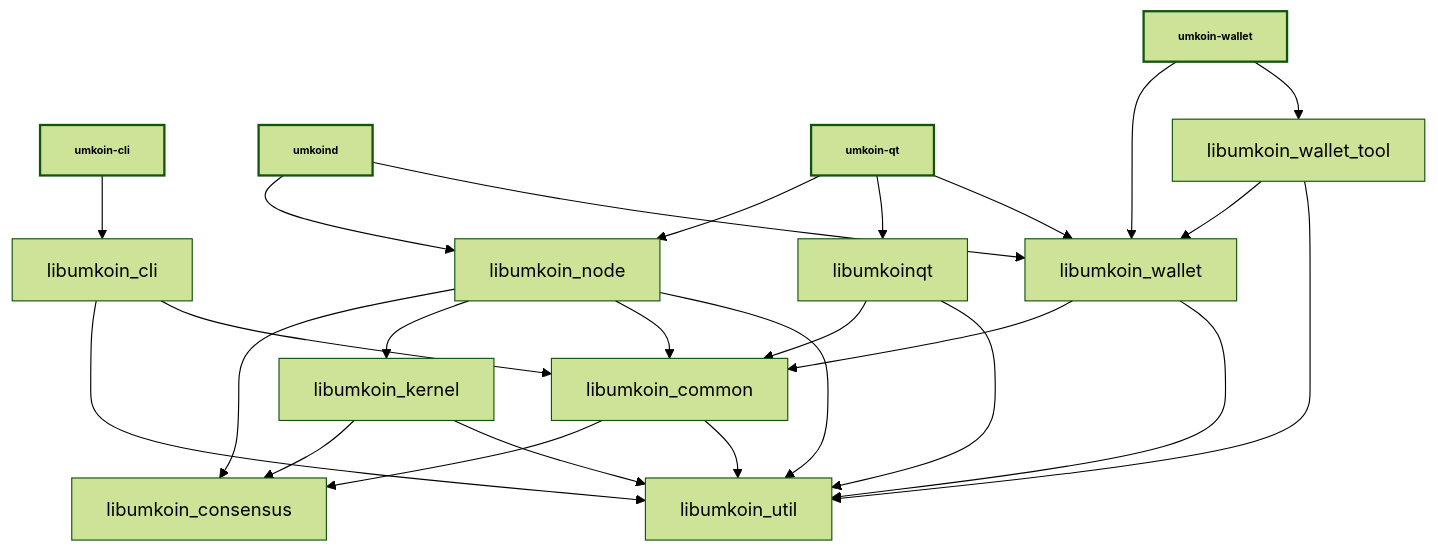
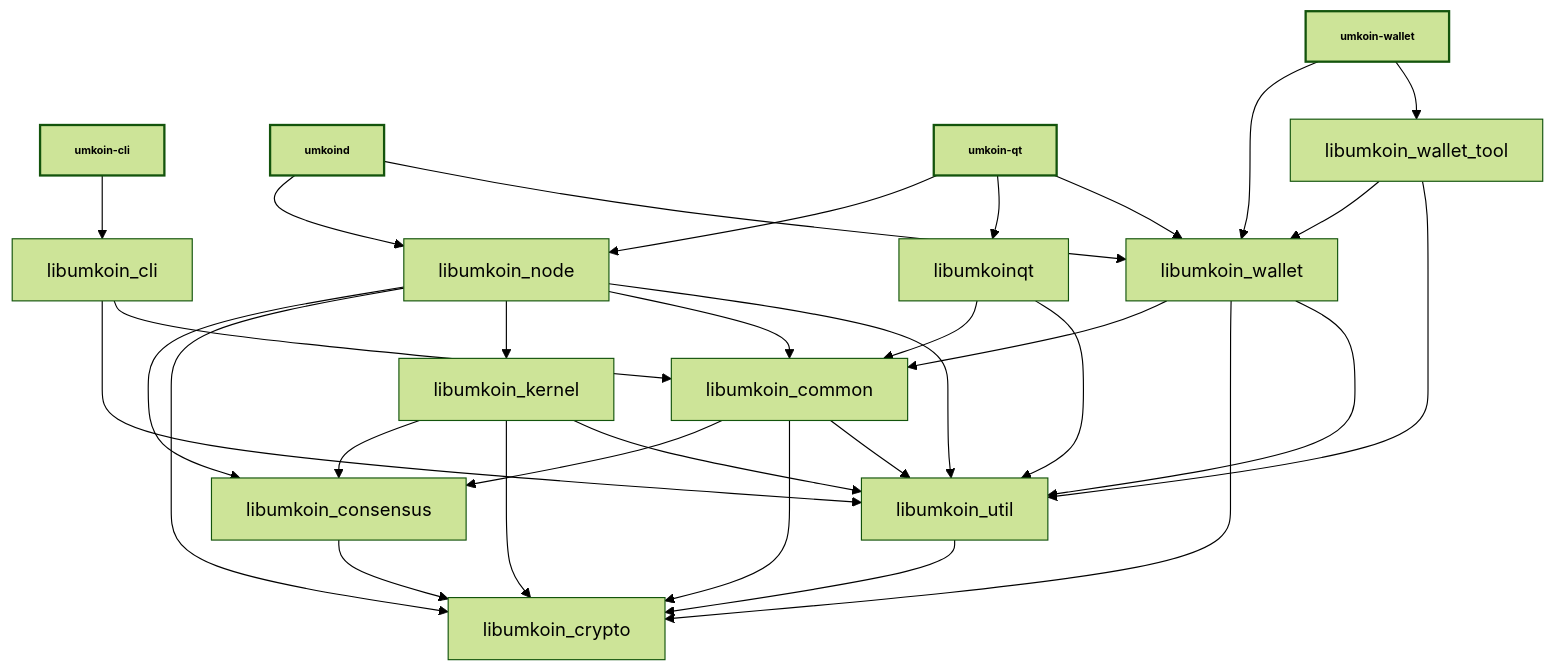
One commit to umkoin/umkoin changed the diagram in doc/design/libraries.md. Above: the diagram before and after it, drawn with Mermaid (forest theme). The commit also changed other lines of this file and 120 other files, not shown here.

````diff
--- a/doc/design/libraries.md
+++ b/doc/design/libraries.md
@@ -35,44 +36,52 @@
 ```mermaid
 
 %%{ init : { "flowchart" : { "curve" : "basis" }}}%%
 
 graph TD;
 
 umkoin-cli[umkoin-cli]-->libumkoin_cli;
 
 umkoind[umkoind]-->libumkoin_node;
 umkoind[umkoind]-->libumkoin_wallet;
 
 umkoin-qt[umkoin-qt]-->libumkoin_node;
 umkoin-qt[umkoin-qt]-->libumkoinqt;
 umkoin-qt[umkoin-qt]-->libumkoin_wallet;
 
 umkoin-wallet[umkoin-wallet]-->libumkoin_wallet;
 umkoin-wallet[umkoin-wallet]-->libumkoin_wallet_tool;
 
 libumkoin_cli-->libumkoin_util;
 libumkoin_cli-->libumkoin_common;
 
+libumkoin_consensus-->libumkoin_crypto;
+
 libumkoin_common-->libumkoin_consensus;
+libumkoin_common-->libumkoin_crypto;
 libumkoin_common-->libumkoin_util;
 
 libumkoin_kernel-->libumkoin_consensus;
+libumkoin_kernel-->libumkoin_crypto;
 libumkoin_kernel-->libumkoin_util;
 
 libumkoin_node-->libumkoin_consensus;
+libumkoin_node-->libumkoin_crypto;
 libumkoin_node-->libumkoin_kernel;
 libumkoin_node-->libumkoin_common;
 libumkoin_node-->libumkoin_util;
 
 libumkoinqt-->libumkoin_common;
 libumkoinqt-->libumkoin_util;
 
+libumkoin_util-->libumkoin_crypto;
+
 libumkoin_wallet-->libumkoin_common;
+libumkoin_wallet-->libumkoin_crypto;
 libumkoin_wallet-->libumkoin_util;
 
 libumkoin_wallet_tool-->libumkoin_wallet;
 libumkoin_wallet_tool-->libumkoin_util;
 
 classDef bold stroke-width:2px, font-weight:bold, font-size: smaller;
 class umkoin-qt,umkoind,umkoin-cli,umkoin-wallet bold
 ```
````
